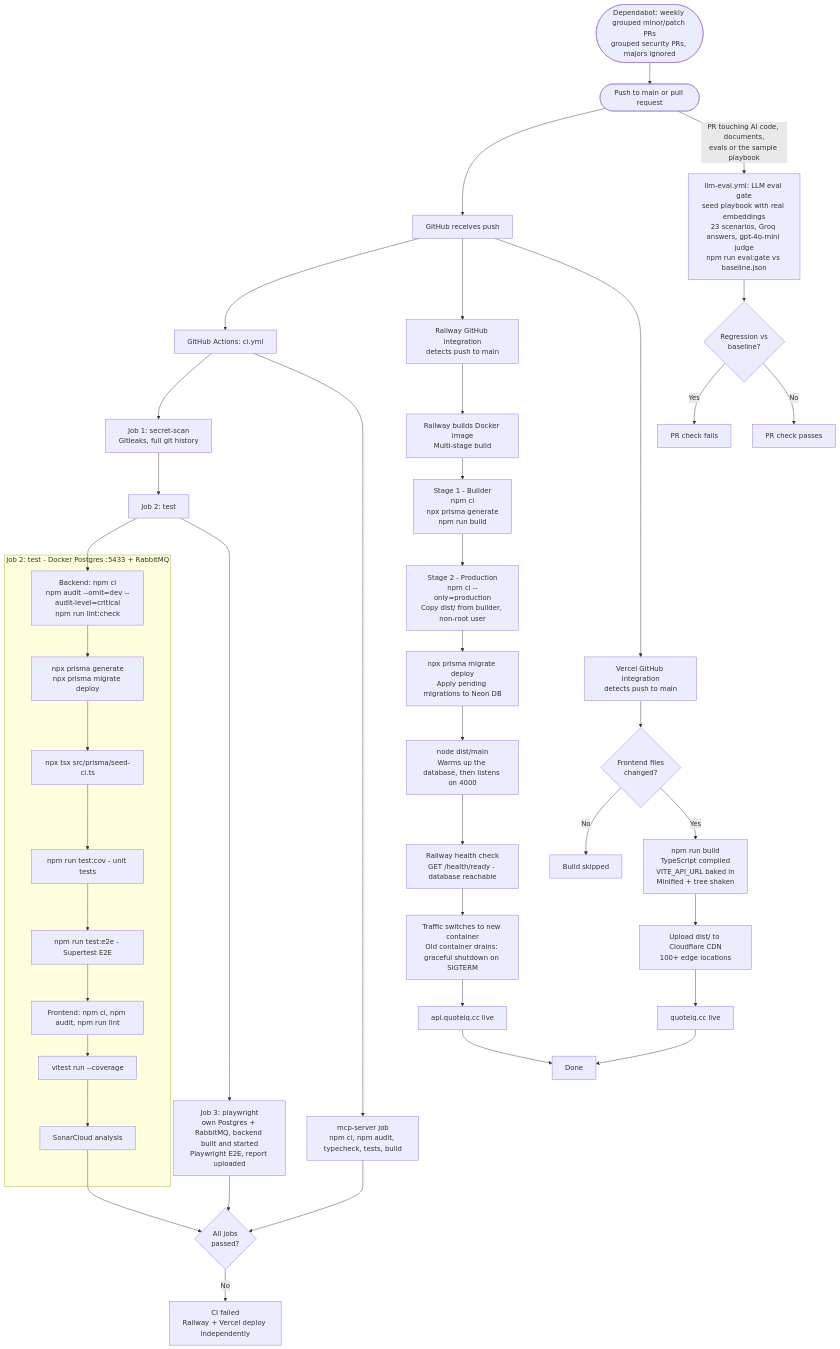
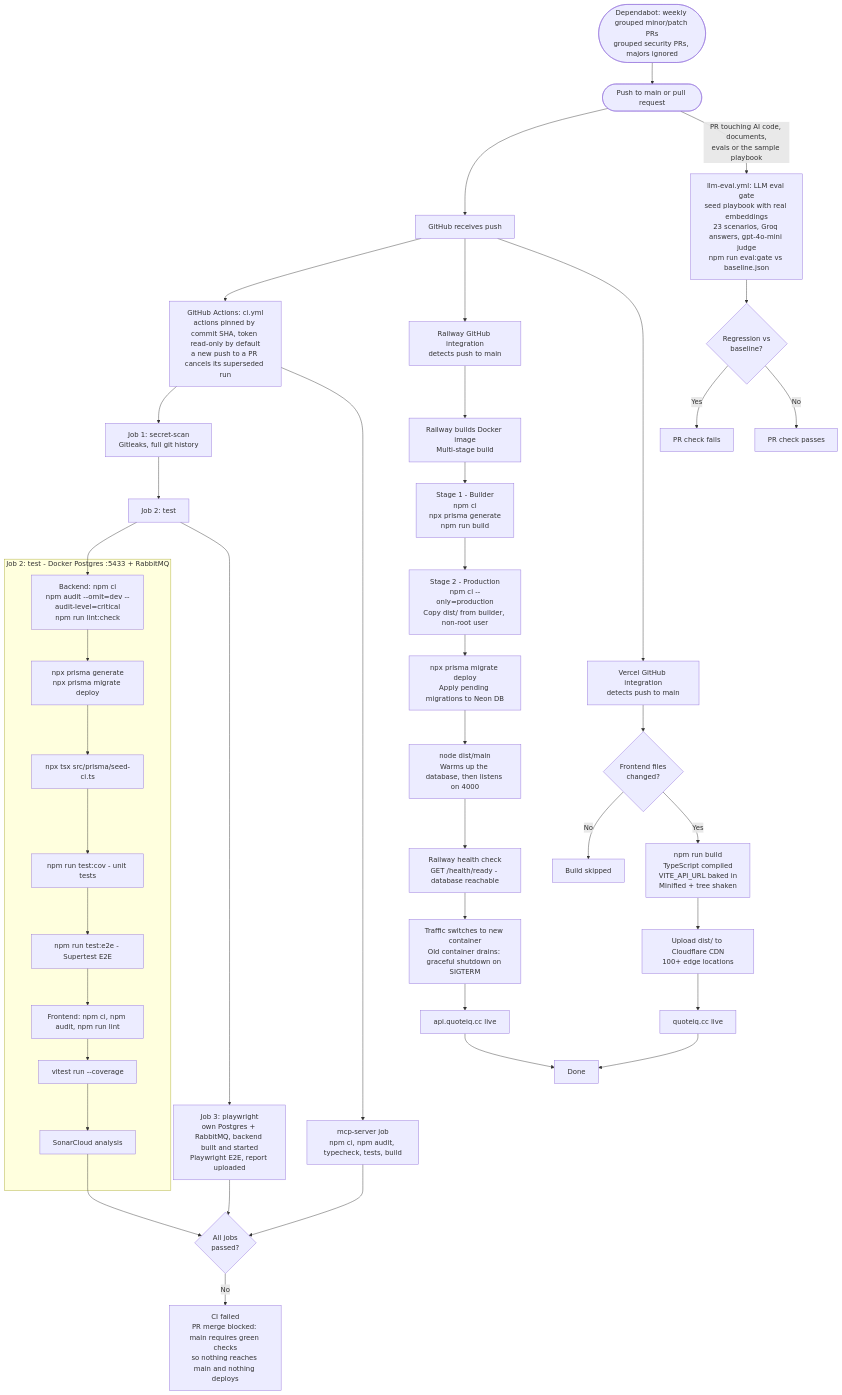
Before and after one commit to Eunice-Amirtharajan/quote-iq: the diagram in docs/cicd-flow.md, drawn with Mermaid. The commit also changed 2 other files, not shown here.

Commit message:
Give CI workflows a read-only token by default, pin every action to a commit SHA, and cancel superseded PR runs

````diff
--- a/docs/cicd-flow.md
+++ b/docs/cicd-flow.md
@@ -3,57 +3,57 @@
 ```mermaid
 flowchart TD
     Dev([Push to main or pull request])
     Dev --> GH[GitHub receives push]
 
-    GH --> GHA[GitHub Actions: ci.yml]
+    GH --> GHA[GitHub Actions: ci.yml<br/>actions pinned by commit SHA, token read-only by default<br/>a new push to a PR cancels its superseded run]
     GHA --> Secret[Job 1: secret-scan<br/>Gitleaks, full git history]
     Secret --> Test[Job 2: test]
 
     subgraph TestJob [Job 2: test - Docker Postgres :5433 + RabbitMQ]
         BInstall[Backend: npm ci<br/>npm audit --omit=dev --audit-level=critical<br/>npm run lint:check]
         BInstall --> PrismaGen[npx prisma generate<br/>npx prisma migrate deploy]
         PrismaGen --> Seed[npx tsx src/prisma/seed-ci.ts]
         Seed --> Unit[npm run test:cov - unit tests]
         Unit --> E2E[npm run test:e2e - Supertest E2E]
         E2E --> FInstall[Frontend: npm ci, npm audit, npm run lint]
         FInstall --> FUnit[vitest run --coverage]
         FUnit --> Sonar[SonarCloud analysis]
     end
     Test --> BInstall
 
     Test --> PW[Job 3: playwright<br/>own Postgres + RabbitMQ, backend built and started<br/>Playwright E2E, report uploaded]
     GHA --> MCP[mcp-server job<br/>npm ci, npm audit, typecheck, tests, build]
 
     Sonar --> CIPass{All jobs<br/>passed?}
     PW --> CIPass
     MCP --> CIPass
-    CIPass -->|No| Block[CI failed<br/>Railway + Vercel deploy independently]
+    CIPass -->|No| Block[CI failed<br/>PR merge blocked: main requires green checks<br/>so nothing reaches main and nothing deploys]
 
     Dev -->|PR touching AI code, documents,<br/>evals or the sample playbook| Eval[llm-eval.yml: LLM eval gate<br/>seed playbook with real embeddings<br/>23 scenarios, Groq answers, gpt-4o-mini judge<br/>npm run eval:gate vs baseline.json]
     Eval --> EvalPass{Regression vs<br/>baseline?}
     EvalPass -->|Yes| EvalFail[PR check fails]
     EvalPass -->|No| EvalOk[PR check passes]
 
     Bot([Dependabot: weekly grouped minor/patch PRs<br/>grouped security PRs, majors ignored]) --> Dev
 
     GH --> RailwayTrigger[Railway GitHub integration<br/>detects push to main]
     GH --> VercelTrigger[Vercel GitHub integration<br/>detects push to main]
 
     RailwayTrigger --> DockerBuild[Railway builds Docker image<br/>Multi-stage build]
     DockerBuild --> Stage1[Stage 1 - Builder<br/>npm ci<br/>npx prisma generate<br/>npm run build]
     Stage1 --> Stage2[Stage 2 - Production<br/>npm ci --only=production<br/>Copy dist/ from builder, non-root user]
     Stage2 --> MigrateProd[npx prisma migrate deploy<br/>Apply pending migrations to Neon DB]
     MigrateProd --> Start[node dist/main<br/>Warms up the database, then listens on 4000]
     Start --> Health[Railway health check<br/>GET /health/ready - database reachable]
     Health --> Switch[Traffic switches to new container<br/>Old container drains: graceful shutdown on SIGTERM]
     Switch --> BackendLive[api.quoteiq.cc live]
 
     VercelTrigger --> IgnoredCheck{Frontend files<br/>changed?}
     IgnoredCheck -->|No| Skip[Build skipped]
     IgnoredCheck -->|Yes| VBuild[npm run build<br/>TypeScript compiled<br/>VITE_API_URL baked in<br/>Minified + tree shaken]
     VBuild --> VDeploy[Upload dist/ to Cloudflare CDN<br/>100+ edge locations]
     VDeploy --> FrontendLive[quoteiq.cc live]
 
     BackendLive --> Done
     FrontendLive --> Done
 ```
````
